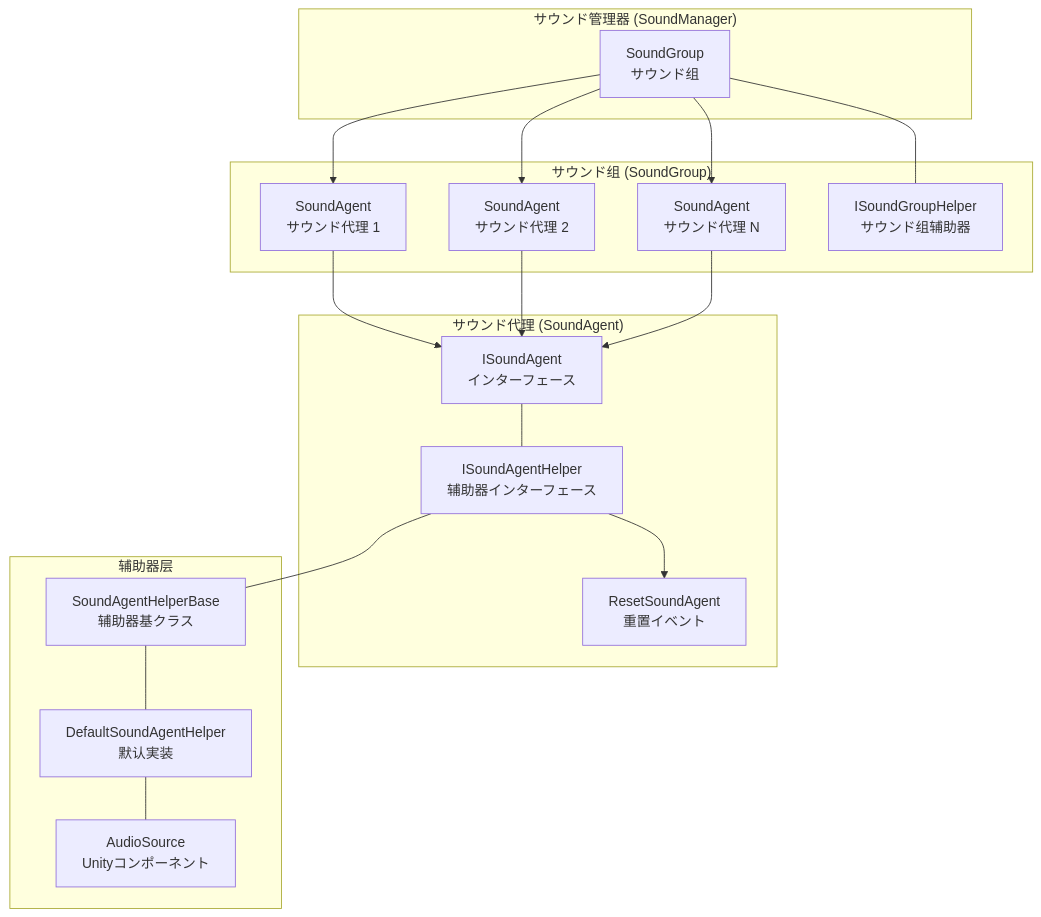
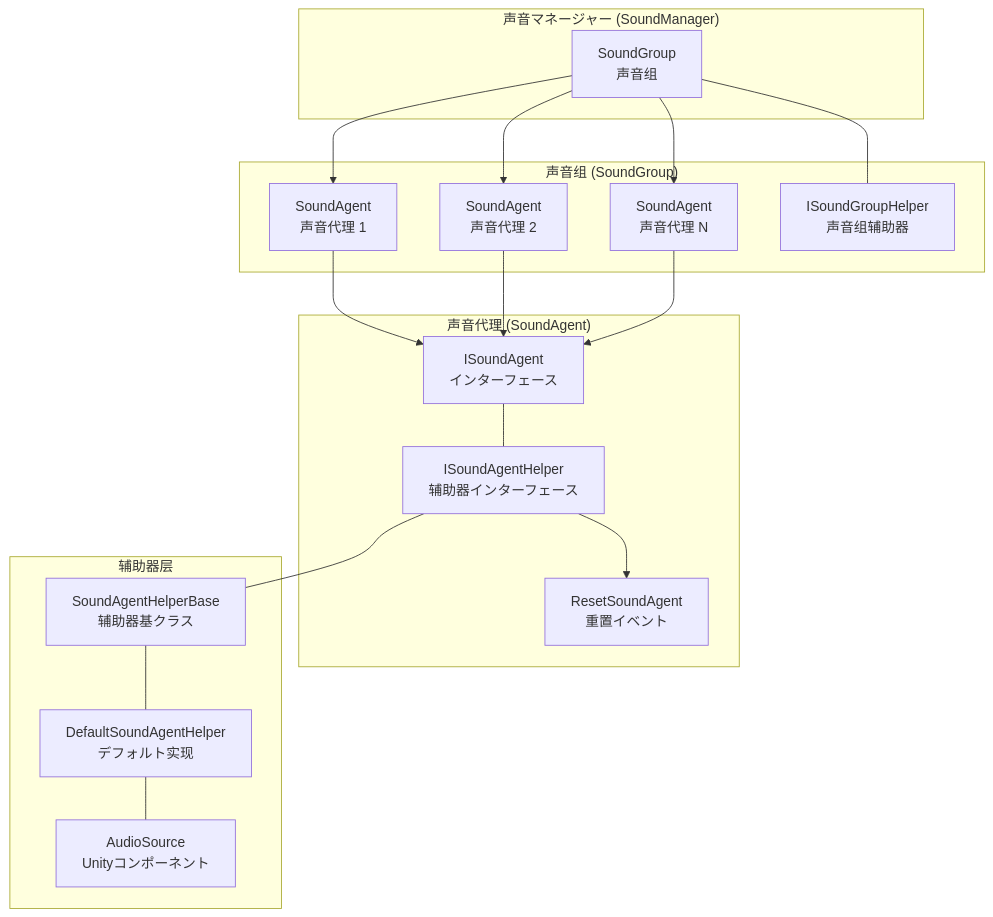
Before and after one commit to AlianBlank/GameFrameX.Docs: the first of 4 diagrams in docs/ja/client/unity/component/sound/07.sound-agent.md, drawn with Mermaid. The commit also changed other lines of this file and 320 other files, not shown here.

````diff
--- a/docs/ja/client/unity/component/sound/07.sound-agent.md
+++ b/docs/ja/client/unity/component/sound/07.sound-agent.md
@@ -31,41 +31,41 @@
 ```mermaid
 graph TD
-    subgraph SoundManager["サウンド管理器 (SoundManager)"]
-        SG[SoundGroup<br/>サウンド组]
+    subgraph SoundManager["声音マネージャー (SoundManager)"]
+        SG[SoundGroup<br/>声音组]
     end
 
-    subgraph SoundGroup["サウンド组 (SoundGroup)"]
-        SA1[SoundAgent<br/>サウンド代理 1]
-        SA2[SoundAgent<br/>サウンド代理 2]
-        SA3[SoundAgent<br/>サウンド代理 N]
-        SGH[ISoundGroupHelper<br/>サウンド组辅助器]
+    subgraph SoundGroup["声音组 (SoundGroup)"]
+        SA1[SoundAgent<br/>声音代理 1]
+        SA2[SoundAgent<br/>声音代理 2]
+        SA3[SoundAgent<br/>声音代理 N]
+        SGH[ISoundGroupHelper<br/>声音组辅助器]
     end
 
-    subgraph SoundAgent["サウンド代理 (SoundAgent)"]
+    subgraph SoundAgent["声音代理 (SoundAgent)"]
         ISA[ISoundAgent<br/>インターフェース]
         ISAHelper[ISoundAgentHelper<br/>辅助器インターフェース]
         ResetEvent[ResetSoundAgent<br/>重置イベント]
     end
 
     subgraph HelperLayer["辅助器层"]
         SAHB[SoundAgentHelperBase<br/>辅助器基クラス]
-        DSAH[DefaultSoundAgentHelper<br/>默认実装]
+        DSAH[DefaultSoundAgentHelper<br/>デフォルト实现]
         AS[AudioSource<br/>Unityコンポーネント]
     end
 
     SG --> SA1
     SG --> SA2
     SG --> SA3
     SG --- SGH
 
     SA1 --> ISA
     SA2 --> ISA
     SA3 --> ISA
 
     ISA --- ISAHelper
     ISAHelper --- SAHB
     SAHB --- DSAH
     DSAH --- AS
 
     ISAHelper --> ResetEvent
 ```
````
